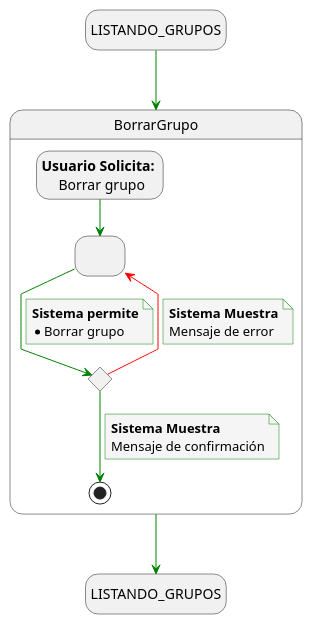
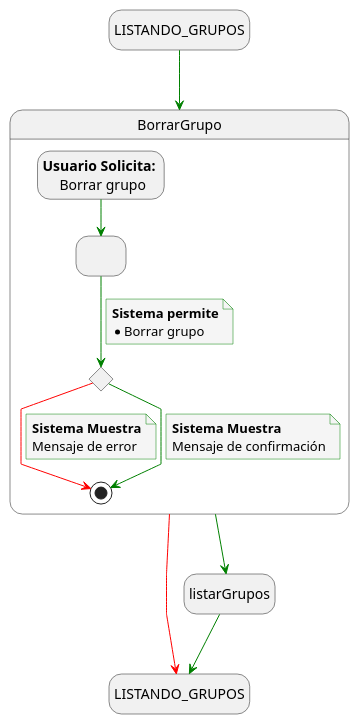
Before and after one commit to mmasias/24-25-IdSw1-SDR: the diagram in docs/casosDeUso/detalladoCasosDeUso/detalladoGrupos/detalladoBorrarGrupos.puml, drawn with PlantUML. The commit also changed 2 other files, not shown here.

Commit message:
FIX/ corregir borrar grupos

```diff
--- a/docs/casosDeUso/detalladoCasosDeUso/detalladoGrupos/detalladoBorrarGrupos.puml
+++ b/docs/casosDeUso/detalladoCasosDeUso/detalladoGrupos/detalladoBorrarGrupos.puml
@@ -1,45 +1,48 @@
 @startuml borrar_grupo
 
 skinparam {
     NoteBackgroundColor #whiteSmoke
     ArrowColor #green
     NoteBorderColor #green
     linetype polyline
 }
 
 hide empty description
 
 state startState as "LISTANDO_GRUPOS"
 state endState as "LISTANDO_GRUPOS"
+state listarGrupos as "listarGrupos"
 
 startState --> BorrarGrupo
 
-BorrarGrupo --> endState
+BorrarGrupo -[#red]-> endState
+BorrarGrupo --> listarGrupos
+listarGrupos --> endState
 
 state BorrarGrupo {
     state solicitudFiltros as " "
     state revisionFiltrosEnviados <<choice>>
     state usuarioSolicita as "<b>Usuario Solicita:</b> \n Borrar grupo"
 
     usuarioSolicita --> solicitudFiltros
 
     solicitudFiltros --> revisionFiltrosEnviados
     note on link
         <b>Sistema permite</b>
         * Borrar grupo
     end note
 
-    revisionFiltrosEnviados -[#red]-> solicitudFiltros
+    revisionFiltrosEnviados -[#red]-> [*]
     note on link
         <b>Sistema Muestra</b>
         Mensaje de error
     end note
 
     revisionFiltrosEnviados --> [*]
     note on link
         <b>Sistema Muestra</b>
         Mensaje de confirmación
     end note
 }
 
 @enduml
```
